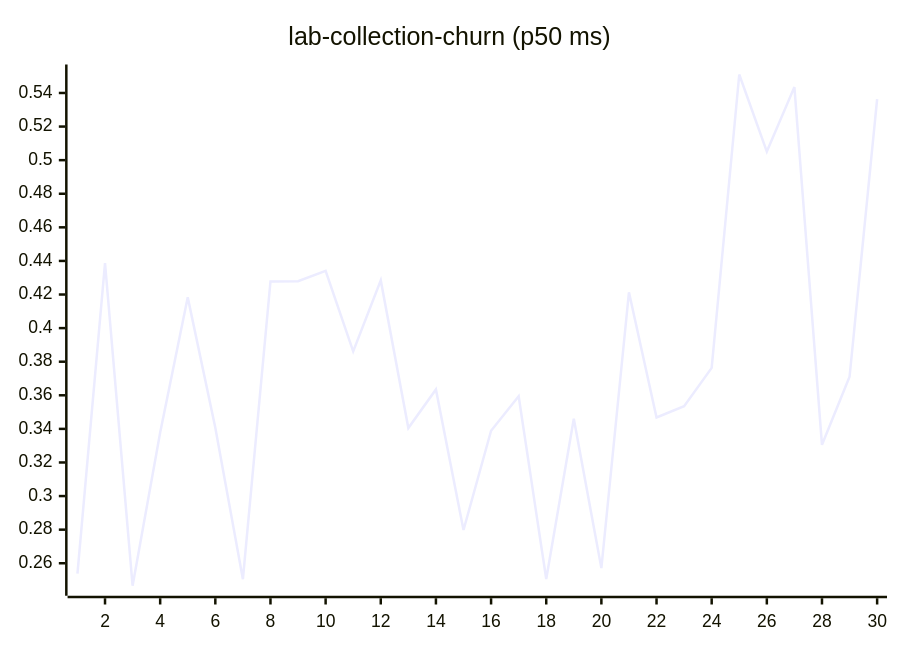
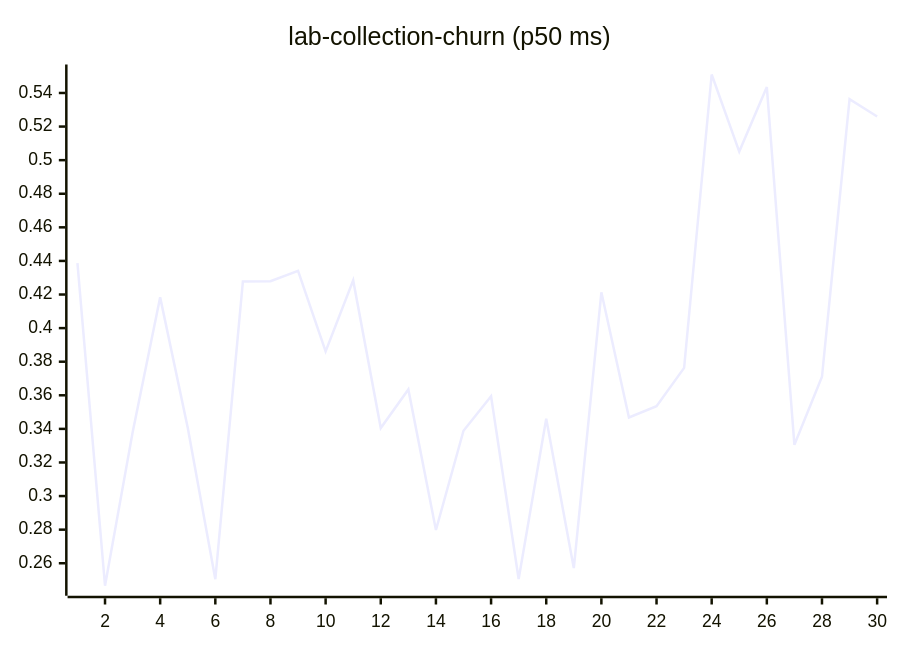
Diagram 11 of 27 in README.md (josha/Facet), drawn with Mermaid before and after one commit. The commit also changed other lines of this file and 2 other files, not shown here.

````diff
--- a/README.md
+++ b/README.md
@@ -133,6 +133,6 @@
 ```mermaid
 xychart-beta
     title "lab-collection-churn (p50 ms)"
     x-axis 1 --> 30
-    line [0.2538, 0.4387, 0.2466, 0.3379, 0.4183, 0.3407, 0.2505, 0.4278, 0.4279, 0.4341, 0.3861, 0.4284, 0.3405, 0.3635, 0.2798, 0.3389, 0.3594, 0.2506, 0.3460, 0.2571, 0.4213, 0.3468, 0.3535, 0.3763, 0.5510, 0.5051, 0.5435, 0.3305, 0.3710, 0.5363]
+    line [0.4387, 0.2466, 0.3379, 0.4183, 0.3407, 0.2505, 0.4278, 0.4279, 0.4341, 0.3861, 0.4284, 0.3405, 0.3635, 0.2798, 0.3389, 0.3594, 0.2506, 0.3460, 0.2571, 0.4213, 0.3468, 0.3535, 0.3763, 0.5510, 0.5051, 0.5435, 0.3305, 0.3710, 0.5363, 0.5260]
 ```
````
